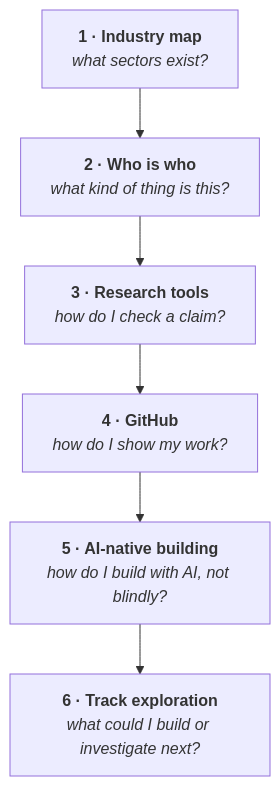
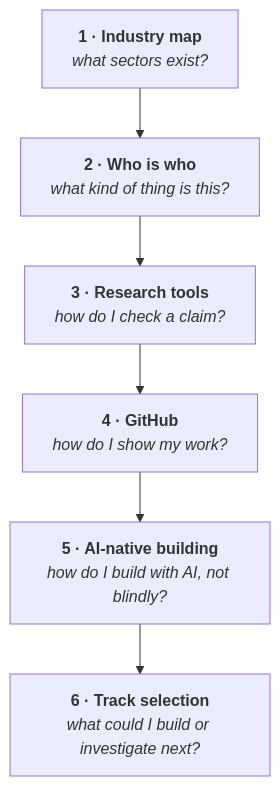
The diagram in docs/foundation/week-4/README.md (Blockchain-NTU-SG/academy-handbook), drawn with Mermaid before and after one commit. The commit also changed other lines of this file and 21 other files, not shown here.

````diff
--- a/docs/foundation/week-4/README.md
+++ b/docs/foundation/week-4/README.md
@@ -40,10 +40,10 @@
 ```mermaid
 flowchart TD
   P1["<b>1 · Industry map</b><br/><i>what sectors exist?</i>"]
   P2["<b>2 · Who is who</b><br/><i>what kind of thing is this?</i>"]
   P3["<b>3 · Research tools</b><br/><i>how do I check a claim?</i>"]
   P4["<b>4 · GitHub</b><br/><i>how do I show my work?</i>"]
   P5["<b>5 · AI-native building</b><br/><i>how do I build with AI, not blindly?</i>"]
-  P6["<b>6 · Track exploration</b><br/><i>what could I build or investigate next?</i>"]
+  P6["<b>6 · Track selection</b><br/><i>what could I build or investigate next?</i>"]
   P1 --> P2 --> P3 --> P4 --> P5 --> P6
 ```
````
